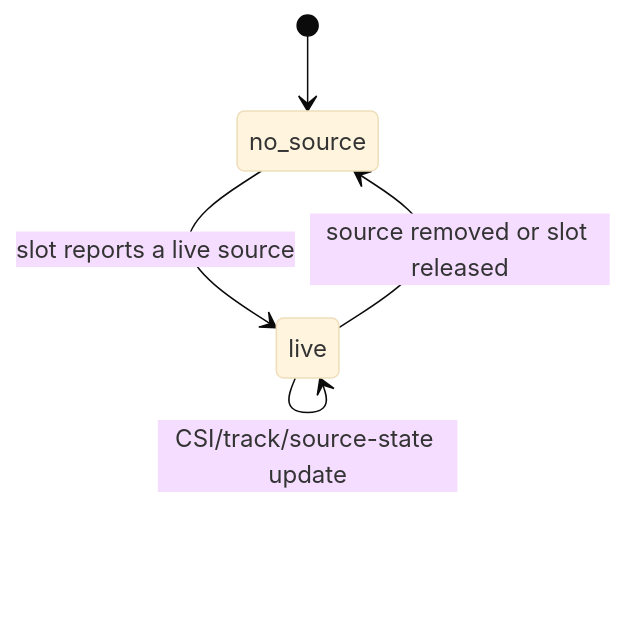
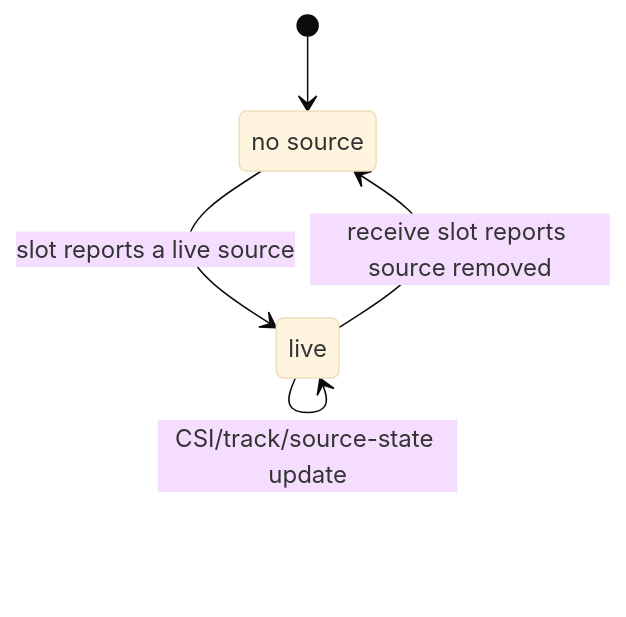
The fifth of 5 diagrams in packages/@webex/plugin-meetings/src/multistream/ai-docs/multistream-spec.md (webex/webex-js-sdk), drawn with Mermaid (base theme) before and after one commit. The commit also changed other lines of this file and 24 other files, not shown here.

````diff
--- a/packages/@webex/plugin-meetings/src/multistream/ai-docs/multistream-spec.md
+++ b/packages/@webex/plugin-meetings/src/multistream/ai-docs/multistream-spec.md
@@ -207,7 +243,8 @@
 ```mermaid
 stateDiagram-v2
-  [*] --> no_source
-  no_source --> live: slot reports a live source
-  live --> no_source: source removed or slot released
+  state "no source" as NO_SOURCE
+  [*] --> NO_SOURCE
+  NO_SOURCE --> live: slot reports a live source
+  live --> NO_SOURCE: receive slot reports source removed
   live --> live: CSI/track/source-state update
 ```
````
